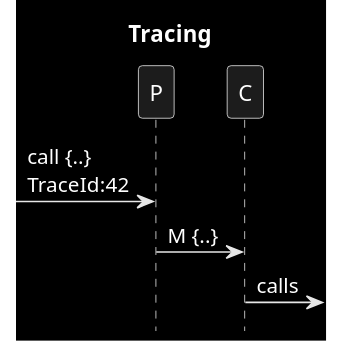
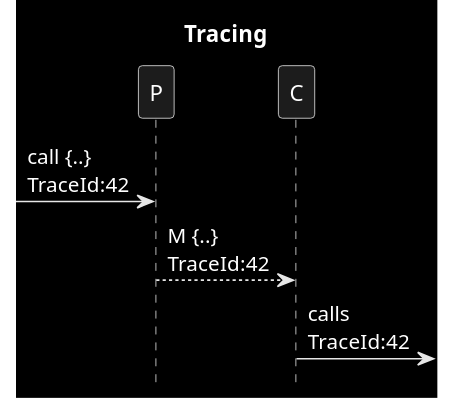
One commit to victorrentea/kafka changed the diagram in patterns/8_tracing.puml. Above: the diagram before and after it, drawn with PlantUML. The commit also changed 14 other files, not shown here.

```diff
--- a/patterns/8_tracing.puml
+++ b/patterns/8_tracing.puml
@@ -1,9 +1,9 @@
 @startuml
 title Tracing
 hide footbox
 skinparam monochrome reverse
 
 ->P:call {..} \nTraceId:42
-P->C: M {..}
-C->:calls
+P-->C: M {..} \nTraceId:42
+C->:calls \nTraceId:42
 @enduml
```
